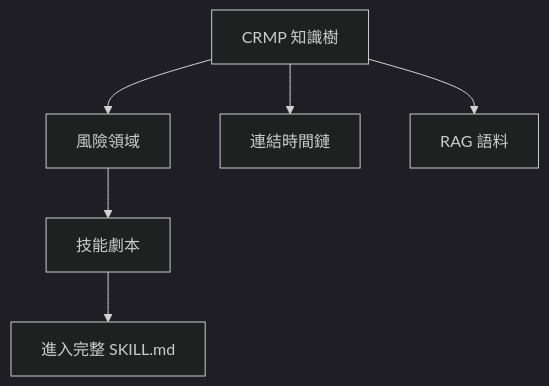
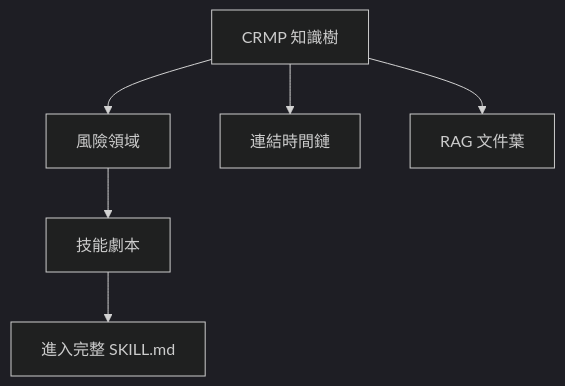
Before and after one commit to hxyan2020/PRD: the seventh of 11 diagrams in platform/docs/USER_GUIDE.zh-Hant.md, drawn with Mermaid (dark theme). The commit also changed other lines of this file and 29 other files, not shown here.

````diff
--- a/platform/docs/USER_GUIDE.zh-Hant.md
+++ b/platform/docs/USER_GUIDE.zh-Hant.md
@@ -406,8 +406,8 @@
 ```mermaid
 graph TD
   Hub[CRMP 知識樹] --> Dom[風險領域]
   Dom --> Sk[技能劇本]
   Hub --> Ch[連結時間鏈]
-  Hub --> Rag[RAG 語料]
+  Hub --> Rag[RAG 文件葉]
   Sk --> Enter[進入完整 SKILL.md]
 ```
````
